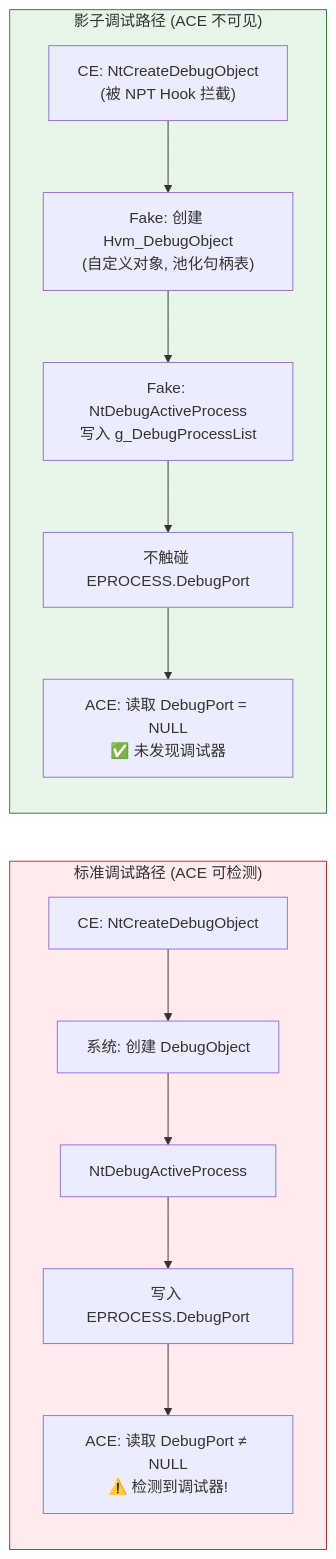
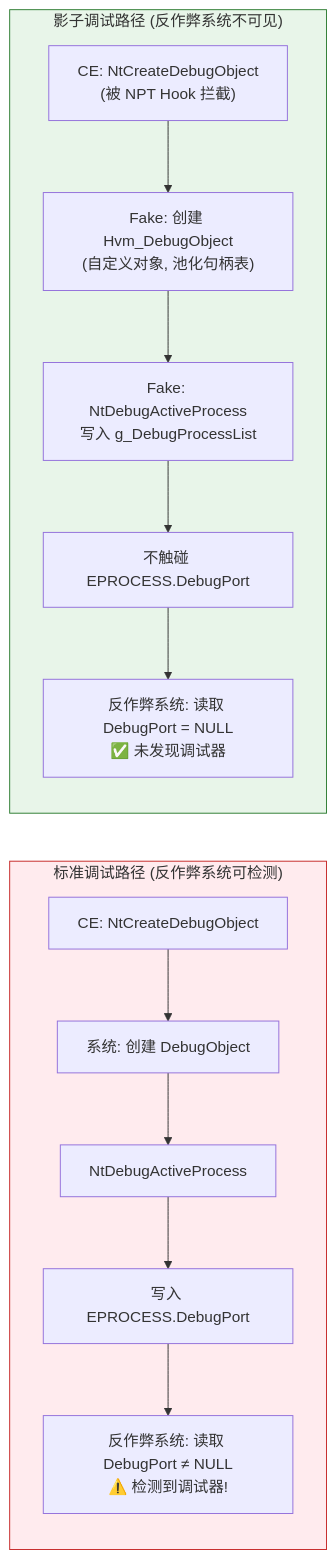
Diagram 16 of 24 in SvmDebug_设计文档.md (a619350644/SvmDebug), drawn with Mermaid before and after one commit. The commit also changed other lines of this file, not shown here.

````diff
--- a/SvmDebug_设计文档.md
+++ b/SvmDebug_设计文档.md
@@ -838,17 +838,17 @@
 ```mermaid
 graph LR
-    subgraph Standard["标准调试路径 (ACE 可检测)"]
+    subgraph Standard["标准调试路径 (反作弊系统可检测)"]
         S1["CE: NtCreateDebugObject"] --> S2["系统: 创建 DebugObject"]
         S2 --> S3["NtDebugActiveProcess"] --> S4["写入 EPROCESS.DebugPort"]
-        S4 --> S5["ACE: 读取 DebugPort ≠ NULL<br/>⚠️ 检测到调试器!"]
+        S4 --> S5["反作弊系统: 读取 DebugPort ≠ NULL<br/>⚠️ 检测到调试器!"]
     end
 
-    subgraph Shadow["影子调试路径 (ACE 不可见)"]
+    subgraph Shadow["影子调试路径 (反作弊系统不可见)"]
         H1["CE: NtCreateDebugObject<br/>(被 NPT Hook 拦截)"] --> H2["Fake: 创建 Hvm_DebugObject<br/>(自定义对象, 池化句柄表)"]
         H2 --> H3["Fake: NtDebugActiveProcess<br/>写入 g_DebugProcessList"] --> H4["不触碰 EPROCESS.DebugPort"]
-        H4 --> H5["ACE: 读取 DebugPort = NULL<br/>✅ 未发现调试器"]
+        H4 --> H5["反作弊系统: 读取 DebugPort = NULL<br/>✅ 未发现调试器"]
     end
 
     style Standard fill:#ffebee,stroke:#c62828
     style Shadow fill:#e8f5e9,stroke:#2e7d32
 ```
````
